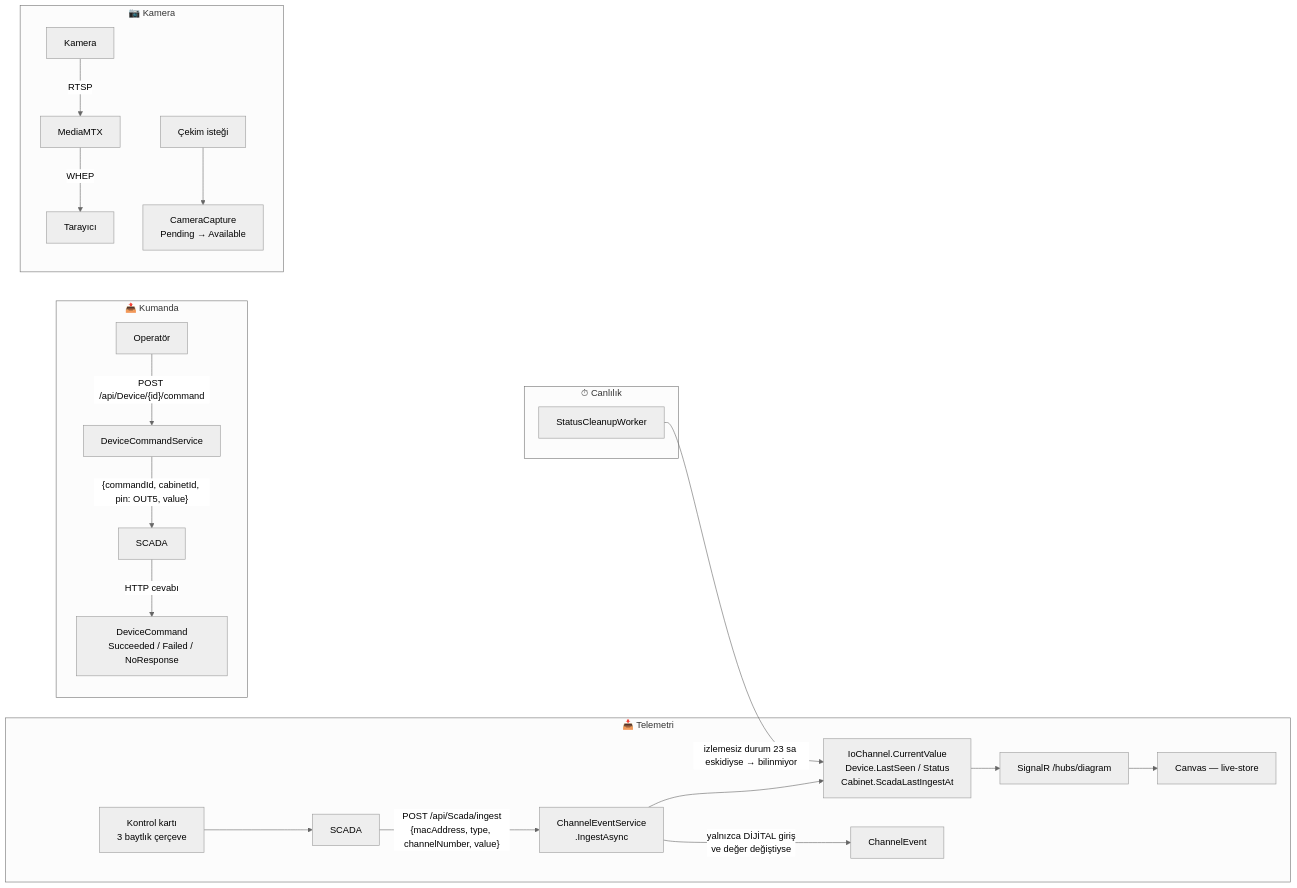
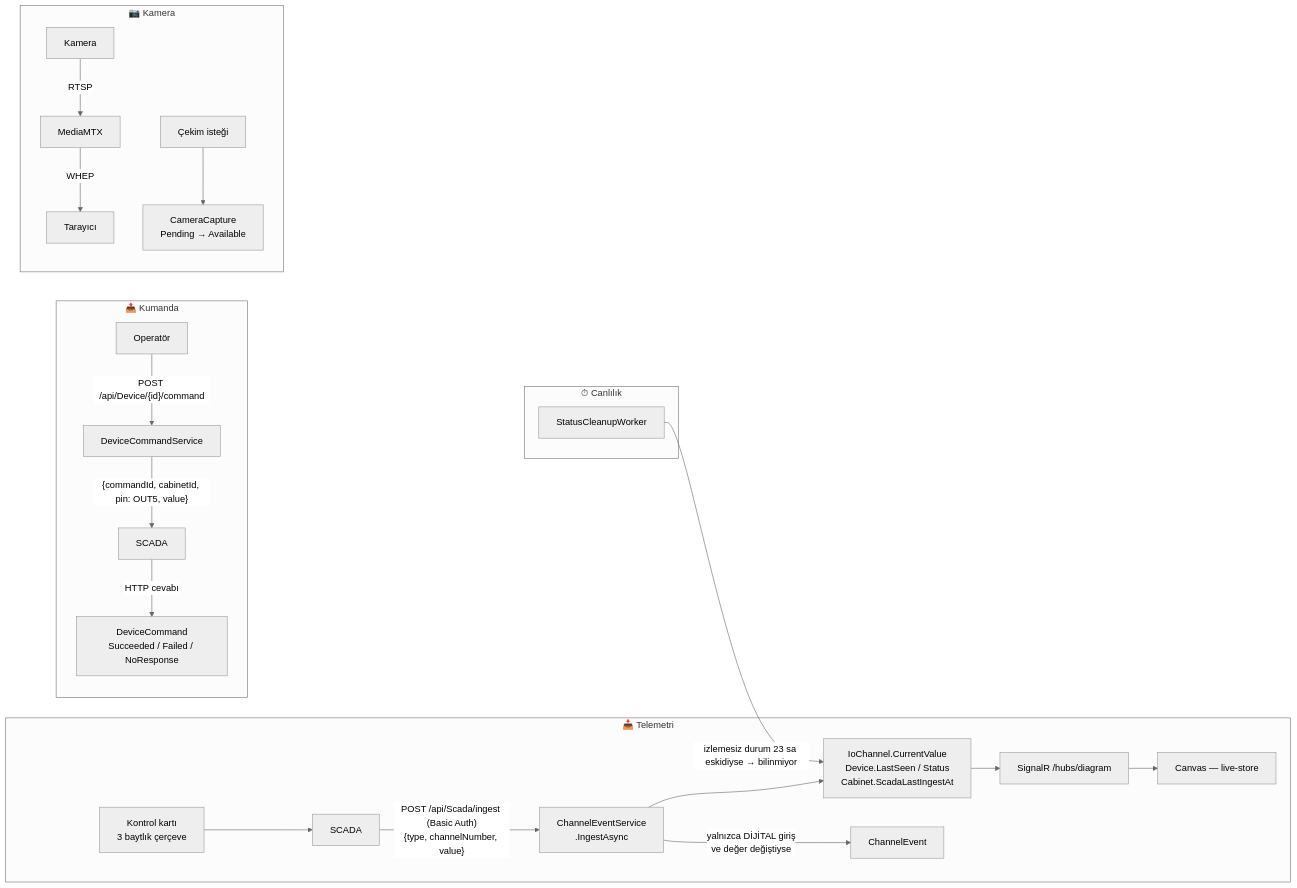
One commit to servankilinc/Scadex changed the second of 2 diagrams in Docs/data-structor.md. Above: the diagram before and after it, drawn with Mermaid (neutral theme). The commit also changed other lines of this file and 57 other files, not shown here.

Commit message:
Mac to Basic Auth

````diff
--- a/Docs/data-structor.md
+++ b/Docs/data-structor.md
@@ -335,27 +333,27 @@
 ```mermaid
 flowchart LR
     subgraph OKUMA["📥 Telemetri"]
         KART["Kontrol kartı<br/>3 baytlık çerçeve"] --> SC["SCADA"]
-        SC -->|"POST /api/Scada/ingest<br/>{macAddress, type, channelNumber, value}"| ING["ChannelEventService<br/>.IngestAsync"]
+        SC -->|"POST /api/Scada/ingest (Basic Auth)<br/>{type, channelNumber, value}"| ING["ChannelEventService<br/>.IngestAsync"]
         ING --> CV["IoChannel.CurrentValue<br/>Device.LastSeen / Status<br/>Cabinet.ScadaLastIngestAt"]
         ING -->|"yalnızca DİJİTAL giriş<br/>ve değer değiştiyse"| CE["ChannelEvent"]
         CV --> HUB["SignalR /hubs/diagram"]
         HUB --> UI["Canvas — live-store"]
     end
 
     subgraph YAZMA["📤 Kumanda"]
         OP["Operatör"] -->|"POST /api/Device/{id}/command"| DCS["DeviceCommandService"]
         DCS -->|"{commandId, cabinetId, pin: OUT5, value}"| SC2["SCADA"]
         SC2 -->|"HTTP cevabı"| DC["DeviceCommand<br/>Succeeded / Failed / NoResponse"]
     end
 
     subgraph KAMERA["📷 Kamera"]
         CAM["Kamera"] -->|RTSP| MTX["MediaMTX"]
         MTX -->|WHEP| BR["Tarayıcı"]
         CAP["Çekim isteği"] --> CC["CameraCapture<br/>Pending → Available"]
     end
 
     subgraph SUPURUCU["⏱ Canlılık"]
         OFF["StatusCleanupWorker"] -->|"izlemesiz durum 23 sa eskidiyse → bilinmiyor"| CV
     end
 ```
````
